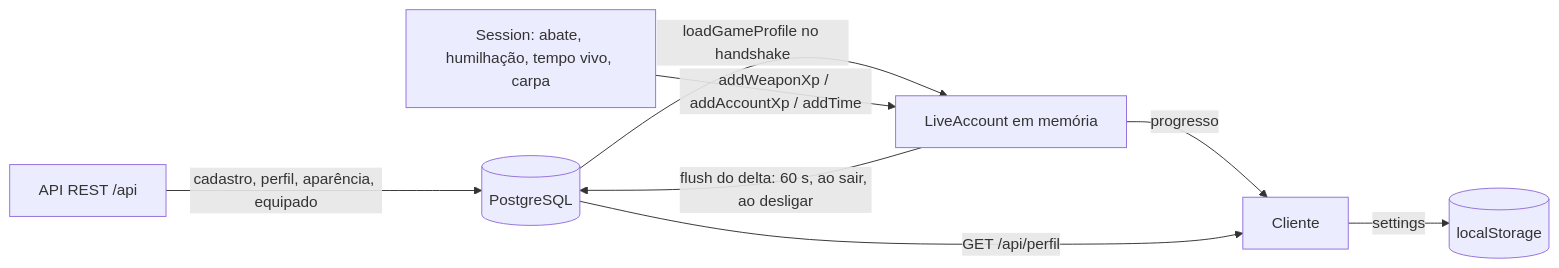
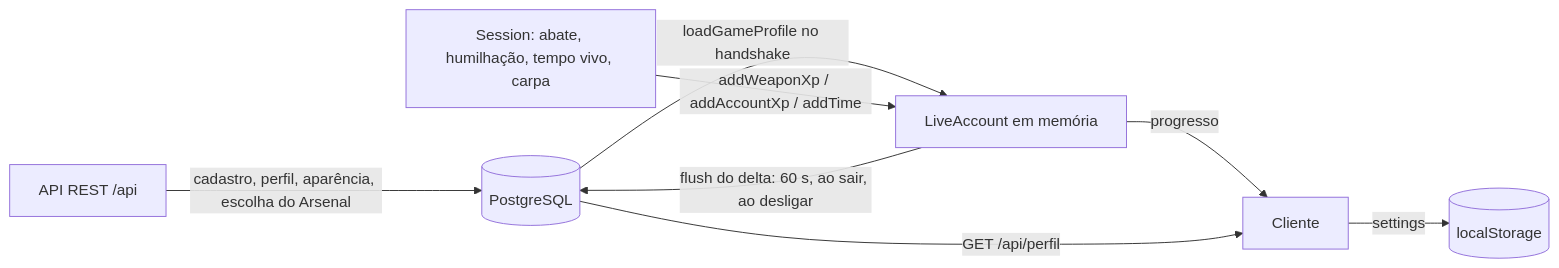
Before and after one commit to JPLabussiereF/offensive-combat-reload: the diagram in Game-Vault/11 - Data & Persistence/Data Architecture.md, drawn with Mermaid. The commit also changed other lines of this file and 123 other files, not shown here.

````diff
--- a/Game-Vault/11 - Data & Persistence/Data Architecture.md
+++ b/Game-Vault/11 - Data & Persistence/Data Architecture.md
@@ -57,10 +58,10 @@
 ```mermaid
 flowchart LR
-    REST[API REST /api] -->|cadastro, perfil, aparência, equipado| PG[(PostgreSQL)]
+    REST[API REST /api] -->|cadastro, perfil, aparência, escolha do Arsenal| PG[(PostgreSQL)]
     PG -->|loadGameProfile no handshake| LA[LiveAccount em memória]
     SES[Session: abate, humilhação, tempo vivo, carpa] -->|addWeaponXp / addAccountXp / addTime| LA
     LA -->|progresso| CLI[Cliente]
     LA -->|flush do delta: 60 s, ao sair, ao desligar| PG
     PG -->|GET /api/perfil| CLI
     CLI -->|settings| LS[(localStorage)]
 ```
````
